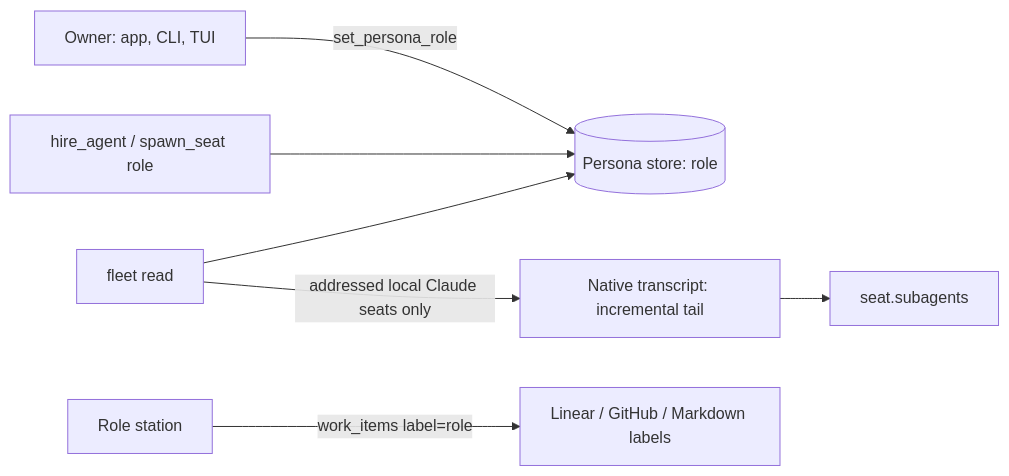
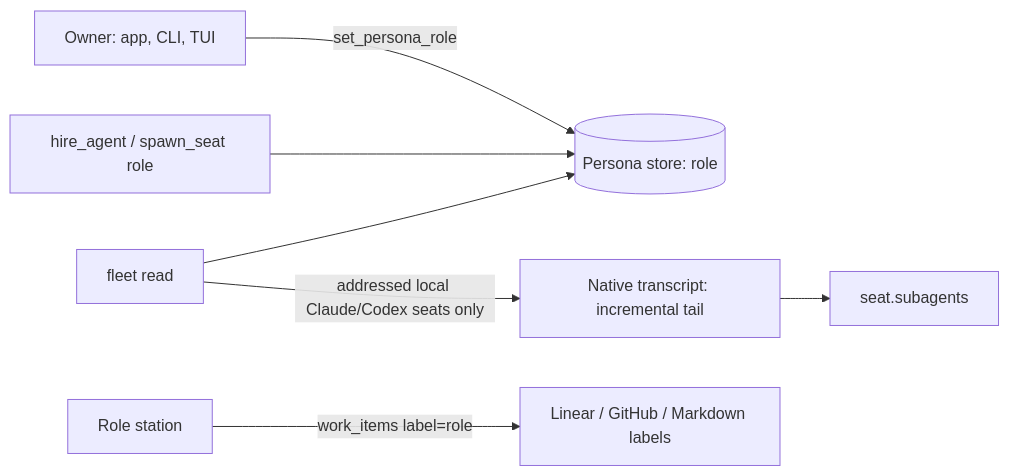
Before and after one commit to Volpestyle/clankie: the diagram in docs/adr/0208-agents-carry-a-role-the-world-reads-it.md, drawn with Mermaid. The commit also changed other lines of this file and 7 other files, not shown here.

Commit message:
Read native Codex subagents into fleet seats

````diff
--- a/docs/adr/0208-agents-carry-a-role-the-world-reads-it.md
+++ b/docs/adr/0208-agents-carry-a-role-the-world-reads-it.md
@@ -56,9 +70,9 @@
 ```mermaid
 flowchart LR
   Owner[Owner: app, CLI, TUI] -->|set_persona_role| Persona[(Persona store: role)]
   Hire[hire_agent / spawn_seat role] --> Persona
   Fleet[fleet read] --> Persona
-  Fleet -->|addressed local Claude seats only| Transcript[Native transcript: incremental tail]
+  Fleet -->|addressed local Claude/Codex seats only| Transcript[Native transcript: incremental tail]
   Transcript --> Subagents[seat.subagents]
   Station[Role station] -->|work_items label=role| Tracker[Linear / GitHub / Markdown labels]
 ```
````
